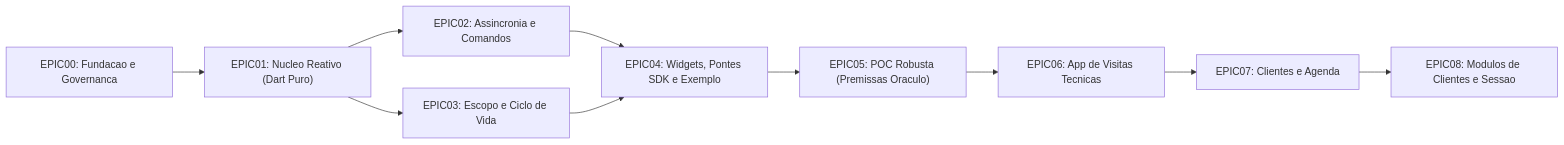
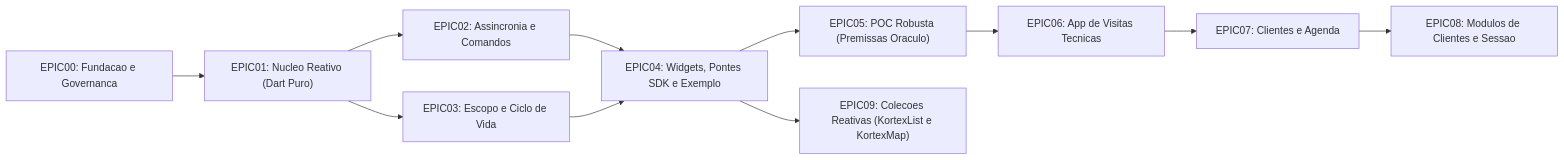
One commit to DenersonNobre/Kortex changed the diagram in docs/plan/README.md. Above: the diagram before and after it, drawn with Mermaid. The commit also changed other lines of this file and 3 other files, not shown here.

Commit message:
docs(plan): especificar e fatiar EPIC09 (KortexList e KortexMap)

````diff
--- a/docs/plan/README.md
+++ b/docs/plan/README.md
@@ -10,12 +10,13 @@
 ```mermaid
 flowchart LR
     E0["EPIC00: Fundacao e Governanca"] --> E1["EPIC01: Nucleo Reativo (Dart Puro)"]
     E1 --> E2["EPIC02: Assincronia e Comandos"]
     E1 --> E3["EPIC03: Escopo e Ciclo de Vida"]
     E2 --> E4["EPIC04: Widgets, Pontes SDK e Exemplo"]
     E3 --> E4
     E4 --> E5["EPIC05: POC Robusta (Premissas Oraculo)"]
     E5 --> E6["EPIC06: App de Visitas Tecnicas"]
     E6 --> E7["EPIC07: Clientes e Agenda"]
     E7 --> E8["EPIC08: Modulos de Clientes e Sessao"]
+    E4 --> E9["EPIC09: Colecoes Reativas (KortexList e KortexMap)"]
 ```
````
